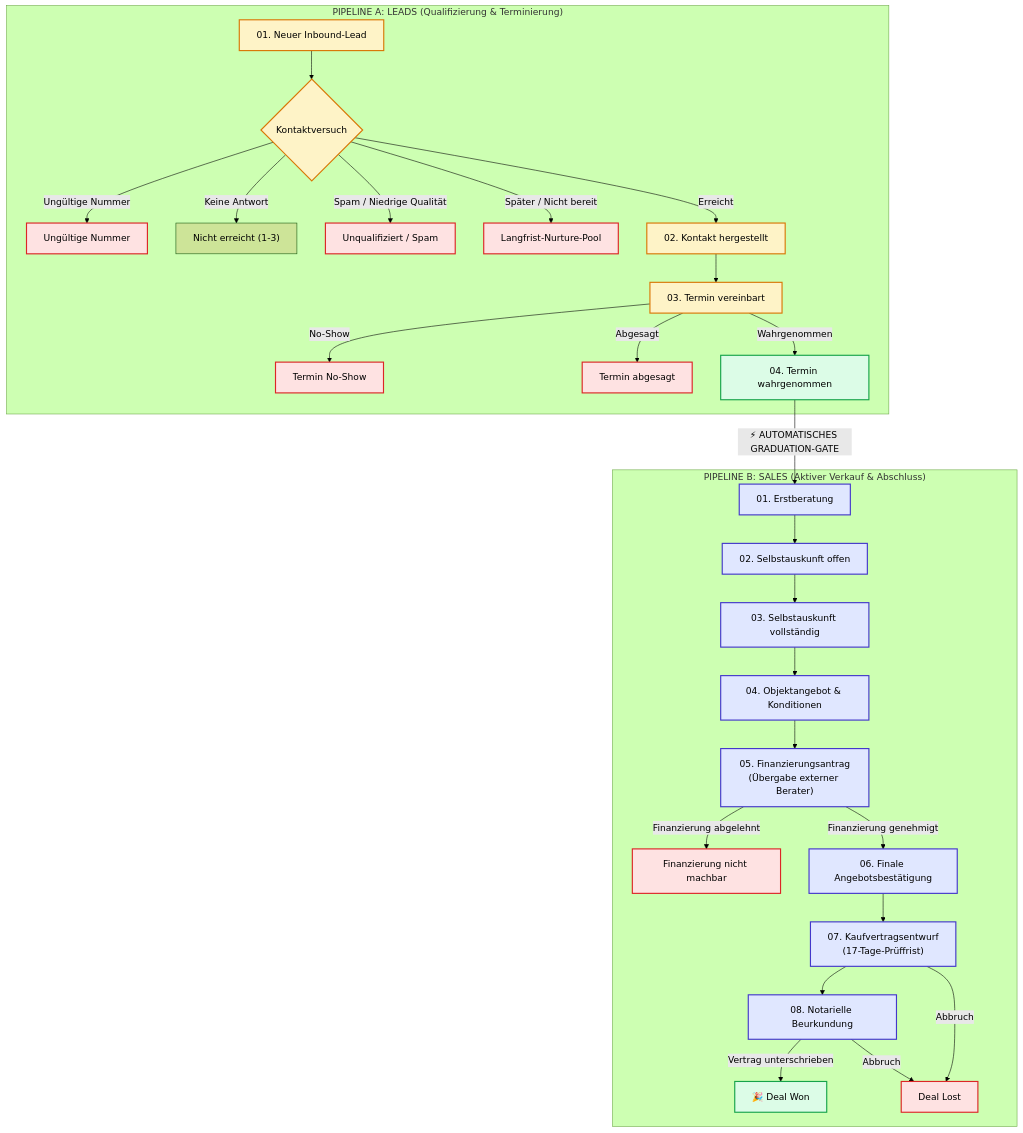
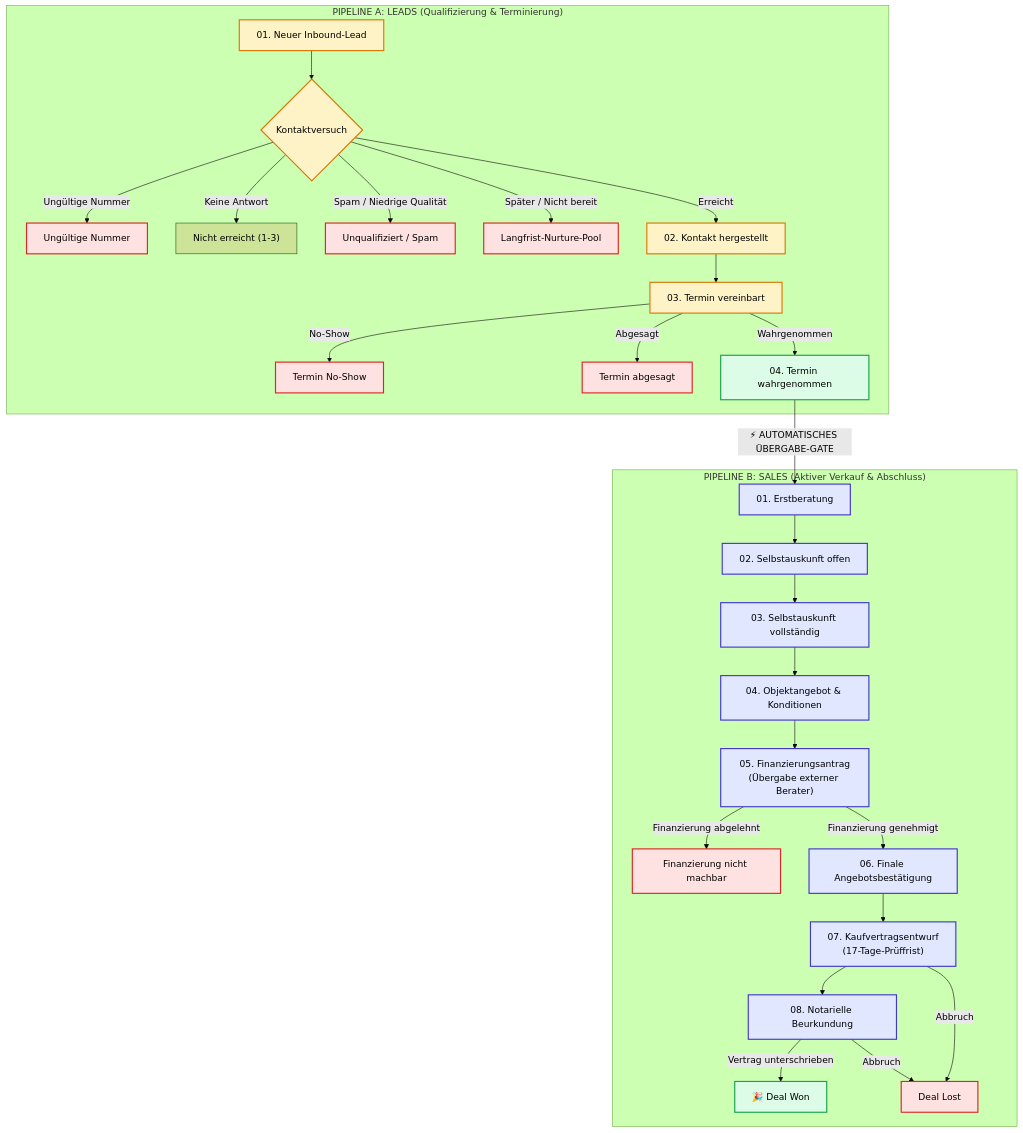
The diagram in de/hubspot-revenue-engine.md (Deadpoolio92/portfolio), drawn with Mermaid (forest theme) before and after one commit. The commit also changed other lines of this file and 25 other files, not shown here.

````diff
--- a/de/hubspot-revenue-engine.md
+++ b/de/hubspot-revenue-engine.md
@@ -93,39 +93,39 @@
 ```mermaid
 flowchart TD
     subgraph P1["PIPELINE A: LEADS (Qualifizierung & Terminierung)"]
         L1["01. Neuer Inbound-Lead"] --> L2{"Kontaktversuch"}
         L2 -->|Ungültige Nummer| L_FN["Ungültige Nummer"]
         L2 -->|Keine Antwort| L_NE["Nicht erreicht (1-3)"]
         L2 -->|Spam / Niedrige Qualität| L_SPAM["Unqualifiziert / Spam"]
         L2 -->|Später / Nicht bereit| L_WVL["Langfrist-Nurture-Pool"]
         L2 -->|Erreicht| L3["02. Kontakt hergestellt"]
         L3 --> L4["03. Termin vereinbart"]
         L4 -->|No-Show| L_NS["Termin No-Show"]
         L4 -->|Abgesagt| L_CANC["Termin abgesagt"]
         L4 -->|Wahrgenommen| L5["04. Termin wahrgenommen"]
     end
 
-    L5 -->|⚡ AUTOMATISCHES GRADUATION-GATE| S1
+    L5 -->|⚡ AUTOMATISCHES ÜBERGABE-GATE| S1
 
     subgraph P2["PIPELINE B: SALES (Aktiver Verkauf & Abschluss)"]
         S1["01. Erstberatung"] --> S2["02. Selbstauskunft offen"]
         S2 --> S3["03. Selbstauskunft vollständig"]
         S3 --> S4["04. Objektangebot & Konditionen"]
         S4 --> S5["05. Finanzierungsantrag\n(Übergabe externer Berater)"]
         S5 -->|Finanzierung abgelehnt| S_REJ["Finanzierung nicht machbar"]
         S5 -->|Finanzierung genehmigt| S6["06. Finale Angebotsbestätigung"]
         S6 --> S7["07. Kaufvertragsentwurf\n(17-Tage-Prüffrist)"]
         S7 --> S8["08. Notarielle Beurkundung"]
         S8 -->|Vertrag unterschrieben| S_WON["🎉 Deal Won"]
         S7 & S8 -->|Abbruch| S_LOST["Deal Lost"]
     end
 
     classDef lead fill:#fef3c7,stroke:#d97706,stroke-width:2px;
     classDef sales fill:#e0e7ff,stroke:#4338ca,stroke-width:2px;
     classDef gate fill:#dcfce7,stroke:#16a34a,stroke-width:2px;
     classDef exit fill:#fee2e2,stroke:#dc2626,stroke-width:2px;
     class L1,L2,L3,L4,L5 lead;
     class S1,S2,S3,S4,S5,S6,S7,S8 sales;
     class L5,S_WON gate;
     class L_FN,L_SPAM,L_WVL,L_NS,L_CANC,S_REJ,S_LOST exit;
 ```
````
